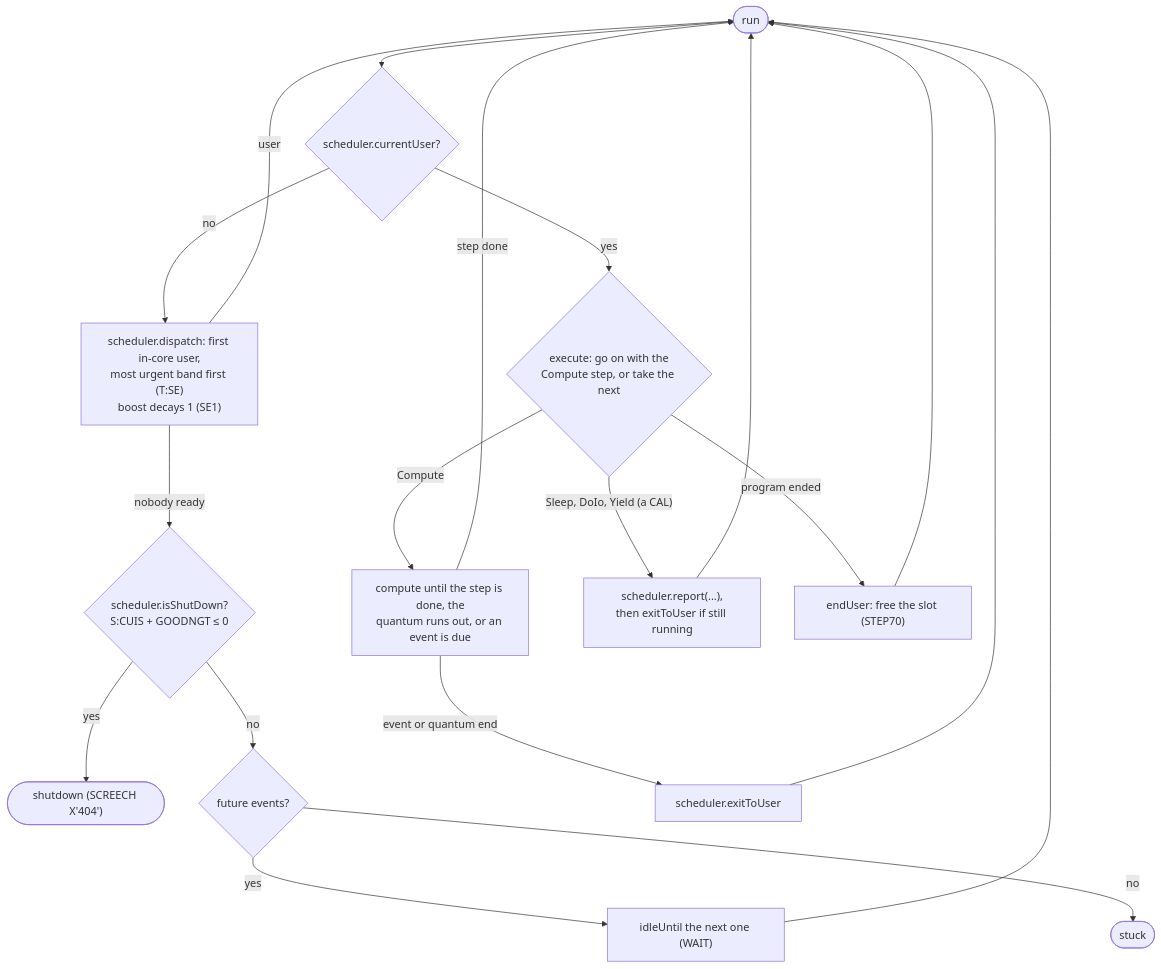
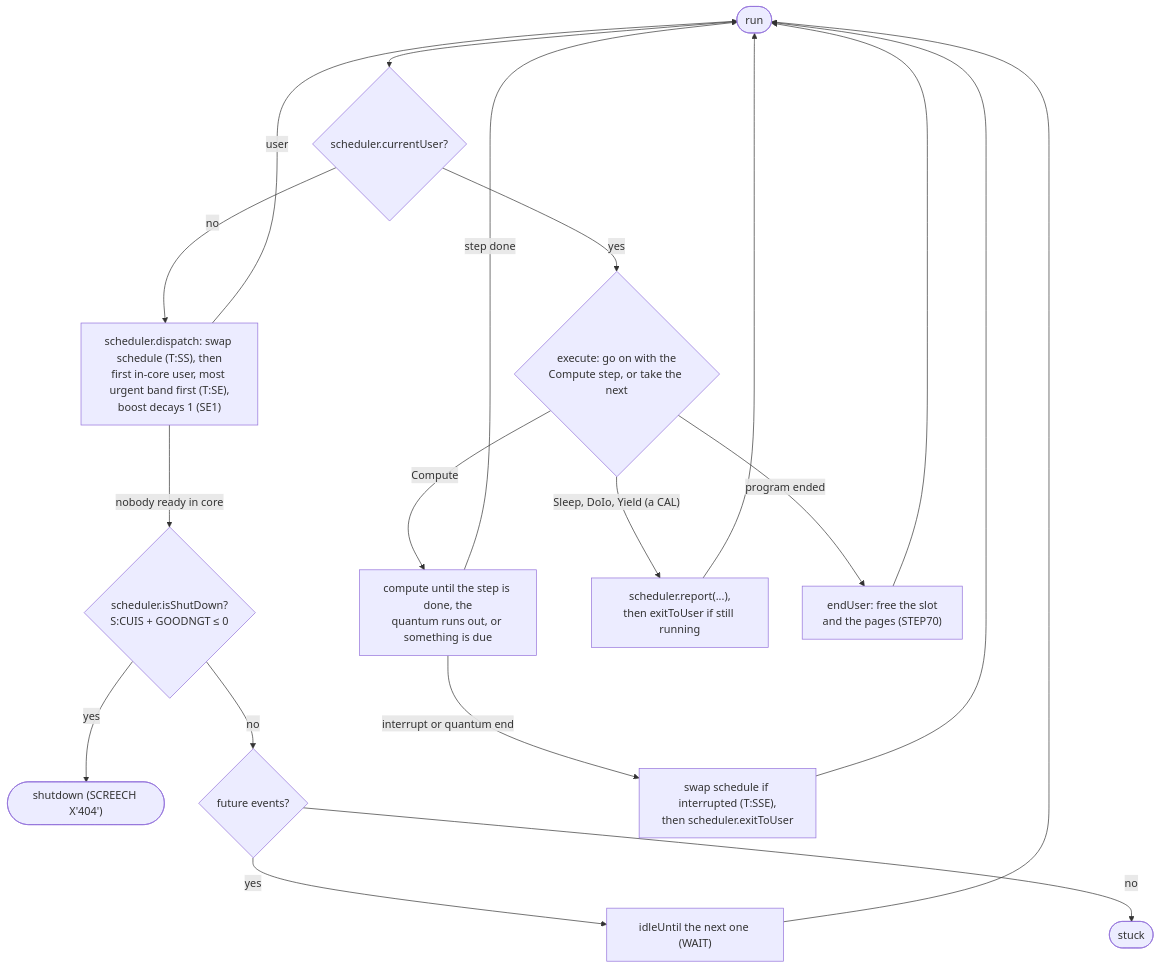
The seventh of 7 diagrams in pyCP-V/C00stap/docs/model.md (msiddalingaiah/Sigma), drawn with Mermaid before and after one commit. The commit also changed other lines of this file and 17 other files, not shown here.

Commit message:
Readable model: swapping, memory and the swap quantum

````diff
--- a/pyCP-V/C00stap/docs/model.md
+++ b/pyCP-V/C00stap/docs/model.md
@@ -267,21 +355,21 @@
 ```mermaid
 flowchart TD
     run([run]) --> current{"scheduler.currentUser?"}
     current -->|yes| execute
-    current -->|no| dispatch["scheduler.dispatch: first in-core user,<br/>most urgent band first (T:SE)<br/>boost decays 1 (SE1)"]
+    current -->|no| dispatch["scheduler.dispatch: swap schedule (T:SS), then<br/>first in-core user, most urgent band first (T:SE),<br/>boost decays 1 (SE1)"]
     dispatch -->|user| run
-    dispatch -->|nobody ready| check{"scheduler.isShutDown?<br/>S:CUIS + GOODNGT ≤ 0"}
+    dispatch -->|nobody ready in core| check{"scheduler.isShutDown?<br/>S:CUIS + GOODNGT ≤ 0"}
     check -->|yes| shutdown(["shutdown (SCREECH X'404')"])
     check -->|no| pending{"future events?"}
     pending -->|yes| idle["idleUntil the next one (WAIT)"]
     pending -->|no| stuck(["stuck"])
     idle --> run
-    execute{"execute: go on with the<br/>Compute step, or take the next"} -->|Compute| compute["compute until the step is done, the<br/>quantum runs out, or an event is due"]
-    compute -->|"event or quantum end"| exit["scheduler.exitToUser"]
+    execute{"execute: go on with the<br/>Compute step, or take the next"} -->|Compute| compute["compute until the step is done, the<br/>quantum runs out, or something is due"]
+    compute -->|"interrupt or quantum end"| exit["swap schedule if interrupted (T:SSE),<br/>then scheduler.exitToUser"]
     compute -->|step done| run
     execute -->|"Sleep, DoIo, Yield (a CAL)"| report["scheduler.report(...),<br/>then exitToUser if still running"]
-    execute -->|program ended| endUser["endUser: free the slot (STEP70)"]
+    execute -->|program ended| endUser["endUser: free the slot<br/>and the pages (STEP70)"]
     exit --> run
     report --> run
     endUser --> run
 ```
````
